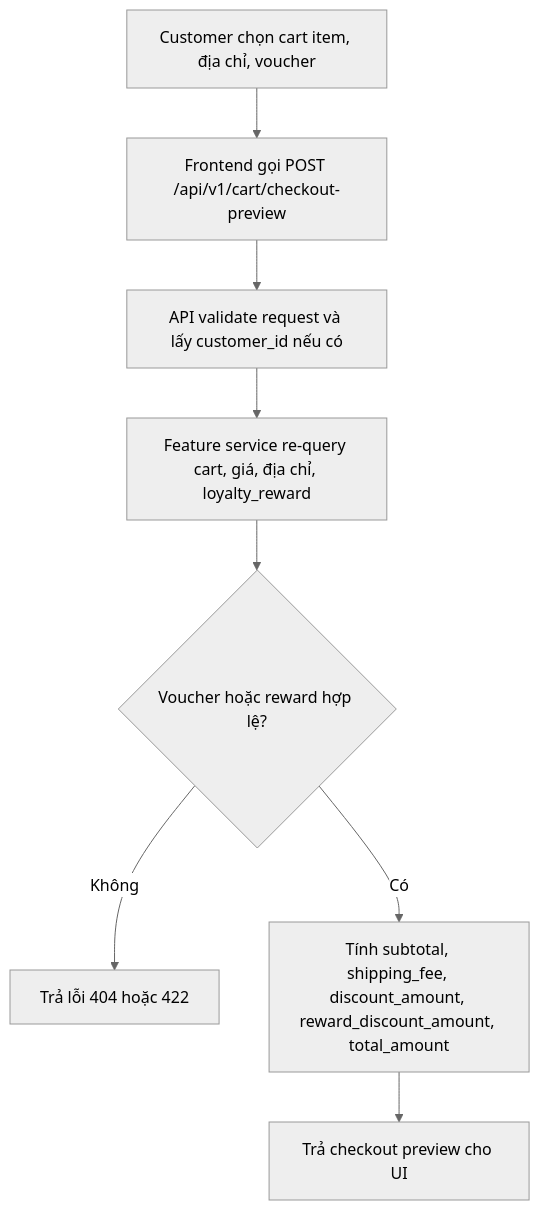
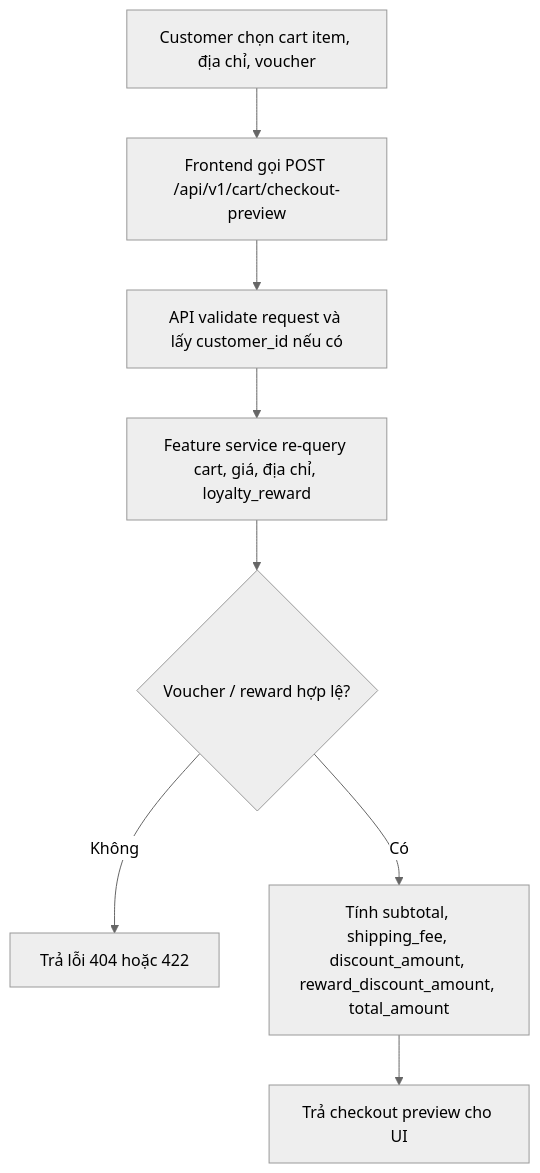
One commit to pamern/xeoxo-web-dev changed the first of 13 diagrams in docs/diagrams/activity_diagram.md. Above: the diagram before and after it, drawn with Mermaid (neutral theme). The commit also changed other lines of this file and 5 other files, not shown here.

````diff
--- a/docs/diagrams/activity_diagram.md
+++ b/docs/diagrams/activity_diagram.md
@@ -13,10 +16,10 @@
 ```mermaid
 flowchart TD
   A[Customer chọn cart item, địa chỉ, voucher] --> B[Frontend gọi POST /api/v1/cart/checkout-preview]
   B --> C[API validate request và lấy customer_id nếu có]
   C --> D[Feature service re-query cart, giá, địa chỉ, loyalty_reward]
-  D --> E{Voucher hoặc reward hợp lệ?}
+  D --> E{Voucher / reward hợp lệ?}
   E -->|Không| F[Trả lỗi 404 hoặc 422]
   E -->|Có| G[Tính subtotal, shipping_fee, discount_amount, reward_discount_amount, total_amount]
   G --> H[Trả checkout preview cho UI]
 ```
````
